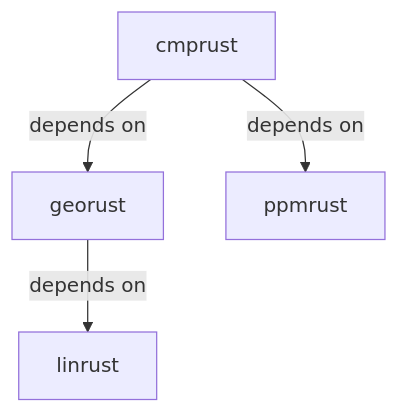
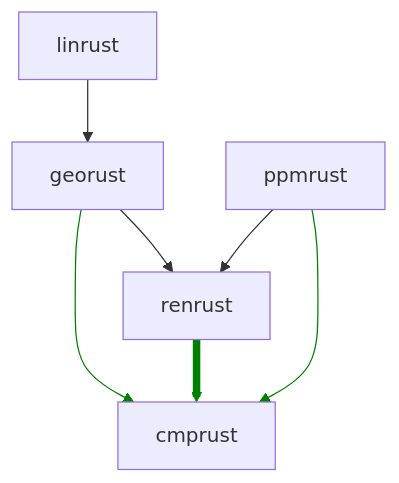
One commit to antoinemeyer5/computer_graphics changed the diagram in README.md. Above: the diagram before and after it, drawn with Mermaid. The commit also changed other lines of this file and 6 other files, not shown here.

````diff
--- a/README.md
+++ b/README.md
@@ -27,7 +30,15 @@
 ```mermaid
 graph TD;
-    cmprust-- depends on -->georust;
-    cmprust-- depends on -->ppmrust;
+    linrust --> georust;
 
-    georust-- depends on -->linrust;
+    georust --> renrust;
+    ppmrust --> renrust;
+
+    georust --> cmprust;
+    renrust --> cmprust;
+    ppmrust --> cmprust;
+
+    linkStyle 3 stroke:green;
+    linkStyle 4 stroke:green,stroke-width:6px;
+    linkStyle 5 stroke:green;
 ```
````
